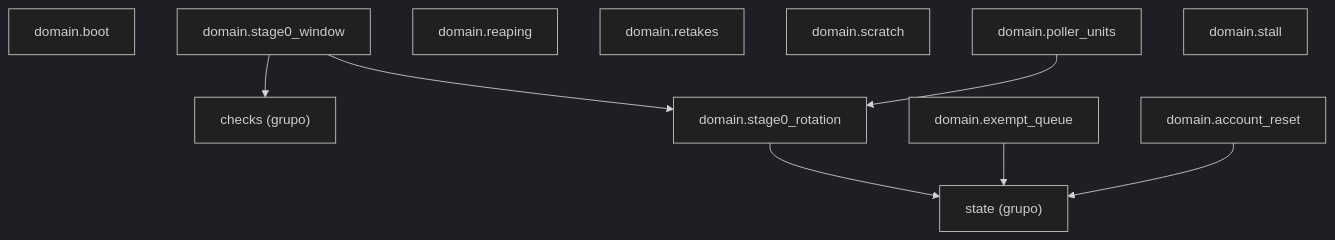
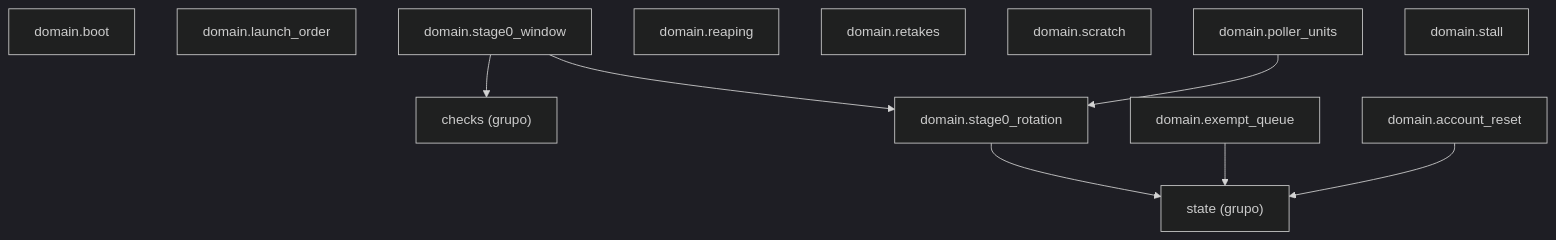
Before and after one commit to GonzaloZevallos/agentic-system: the diagram in docs/architecture/generated/packages-process-domain-machine.md, drawn with Mermaid (dark theme). The commit also changed 1 other file, not shown here.

Commit message:
Place launch_order in the machine cluster of the generated docs (GH-836)

````diff
--- a/docs/architecture/generated/packages-process-domain-machine.md
+++ b/docs/architecture/generated/packages-process-domain-machine.md
@@ -12,21 +12,22 @@
 ```mermaid
 graph TD
     g_domain__checks["checks (grupo)"]
     g_domain__state["state (grupo)"]
     m_domain__account_reset["domain.account_reset"]
     m_domain__boot["domain.boot"]
     m_domain__exempt_queue["domain.exempt_queue"]
+    m_domain__launch_order["domain.launch_order"]
     m_domain__poller_units["domain.poller_units"]
     m_domain__reaping["domain.reaping"]
     m_domain__retakes["domain.retakes"]
     m_domain__scratch["domain.scratch"]
     m_domain__stage0_rotation["domain.stage0_rotation"]
     m_domain__stage0_window["domain.stage0_window"]
     m_domain__stall["domain.stall"]
     m_domain__account_reset --> g_domain__state
     m_domain__exempt_queue --> g_domain__state
     m_domain__poller_units --> m_domain__stage0_rotation
     m_domain__stage0_rotation --> g_domain__state
     m_domain__stage0_window --> g_domain__checks
     m_domain__stage0_window --> m_domain__stage0_rotation
 ```
````
